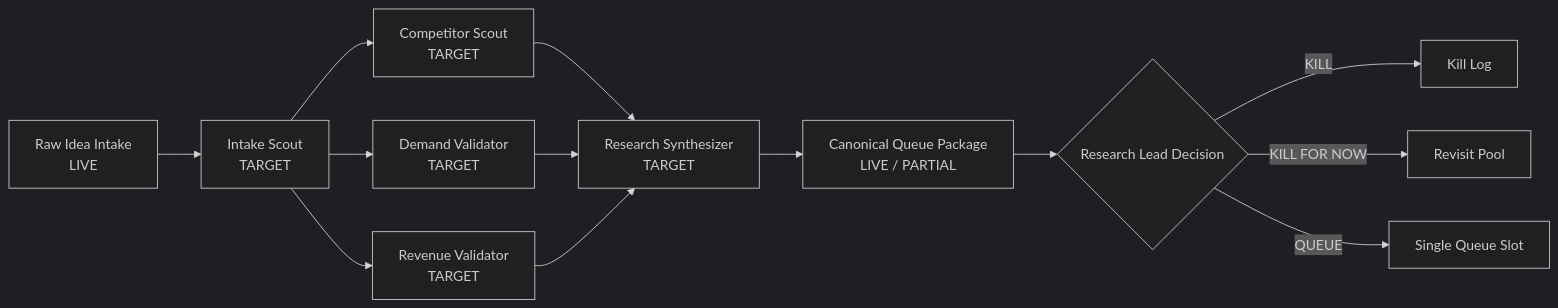
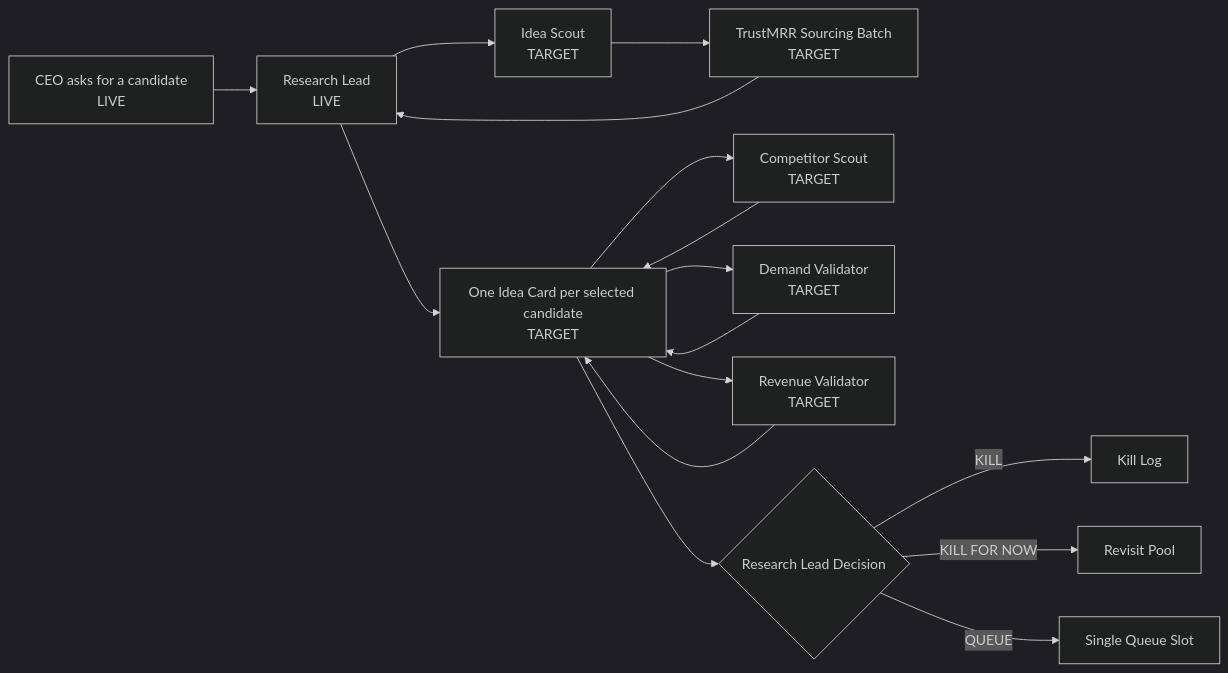
The diagram in docs/atlas/research-machine.md (Vladick-Pick/Nohum-studio), drawn with Mermaid (dark theme) before and after one commit. The commit also changed other lines of this file and 48 other files, not shown here.

Commit message:
docs: package research workflow v1

````diff
--- a/docs/atlas/research-machine.md
+++ b/docs/atlas/research-machine.md
@@ -28,15 +28,18 @@
 ```mermaid
 flowchart LR
-  IN["Raw Idea Intake<br/>LIVE"] --> IS["Intake Scout<br/>TARGET"]
-  IS --> CS["Competitor Scout<br/>TARGET"]
-  IS --> DV["Demand Validator<br/>TARGET"]
-  IS --> RV["Revenue Validator<br/>TARGET"]
-  CS --> SYN["Research Synthesizer<br/>TARGET"]
-  DV --> SYN
-  RV --> SYN
-  SYN --> PKG["Canonical Queue Package<br/>LIVE / PARTIAL"]
-  PKG --> DEC{"Research Lead Decision"}
+  IN["CEO asks for a candidate<br/>LIVE"] --> RL["Research Lead<br/>LIVE"]
+  RL --> IS["Idea Scout<br/>TARGET"]
+  IS --> BATCH["TrustMRR Sourcing Batch<br/>TARGET"]
+  BATCH --> RL
+  RL --> CARD["One Idea Card per selected candidate<br/>TARGET"]
+  CARD --> CS["Competitor Scout<br/>TARGET"]
+  CARD --> DV["Demand Validator<br/>TARGET"]
+  CARD --> RV["Revenue Validator<br/>TARGET"]
+  CS --> CARD
+  DV --> CARD
+  RV --> CARD
+  CARD --> DEC{"Research Lead Decision"}
   DEC -->|"KILL"| K["Kill Log"]
   DEC -->|"KILL FOR NOW"| KF["Revisit Pool"]
   DEC -->|"QUEUE"| Q["Single Queue Slot"]
 ```
````
